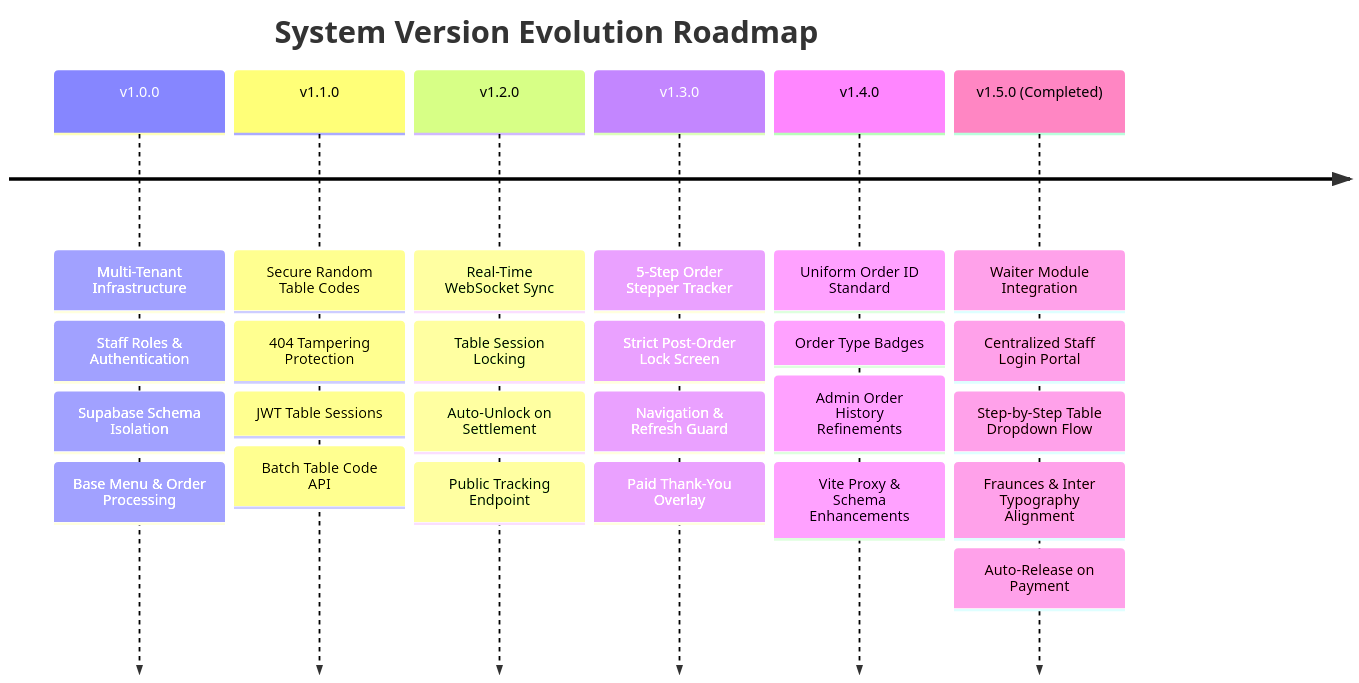
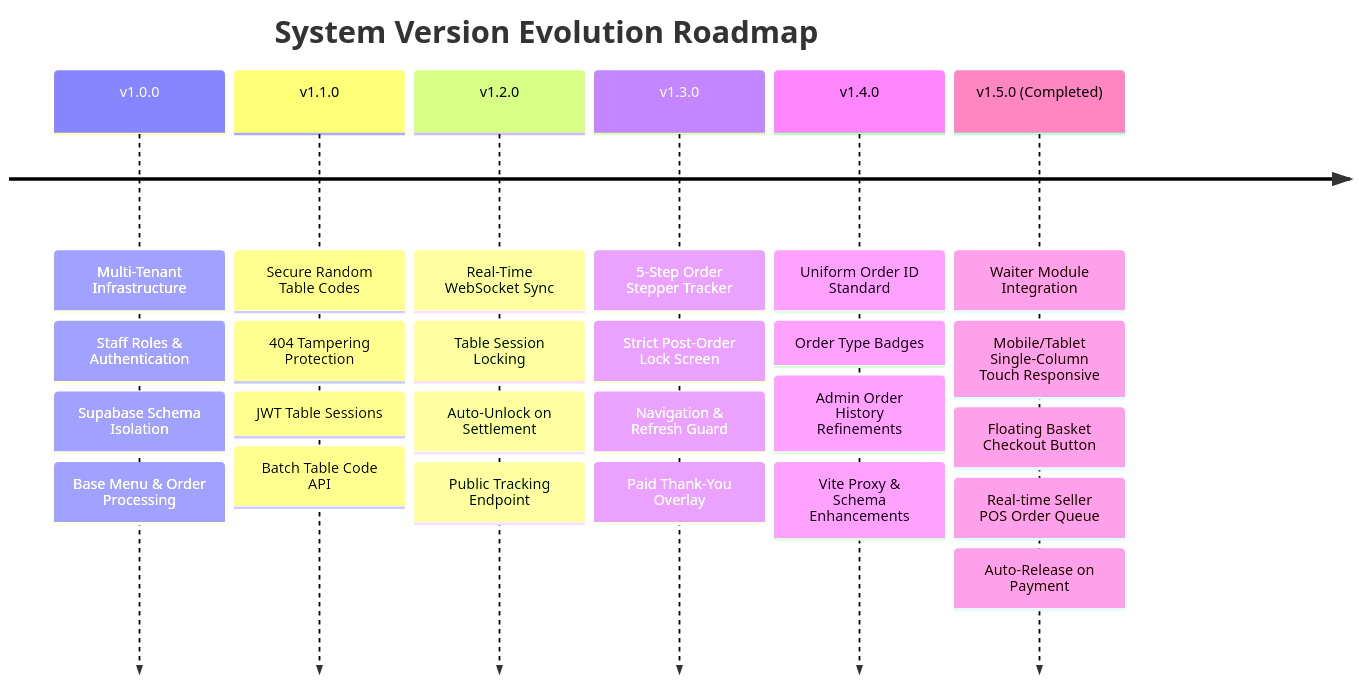
Before and after one commit to alifayyaz-06/apexscan: the first of 2 diagrams in PLAN.md, drawn with Mermaid. The commit also changed other lines of this file, not shown here.

Commit message:
docs: sync PLAN.md with mobile responsive & seller real-time order routing updates

````diff
--- a/PLAN.md
+++ b/PLAN.md
@@ -18,10 +18,10 @@
 ```mermaid
 timeline
     title System Version Evolution Roadmap
     v1.0.0 : Multi-Tenant Infrastructure : Staff Roles & Authentication : Supabase Schema Isolation : Base Menu & Order Processing
     v1.1.0 : Secure Random Table Codes : 404 Tampering Protection : JWT Table Sessions : Batch Table Code API
     v1.2.0 : Real-Time WebSocket Sync : Table Session Locking : Auto-Unlock on Settlement : Public Tracking Endpoint
     v1.3.0 : 5-Step Order Stepper Tracker : Strict Post-Order Lock Screen : Navigation & Refresh Guard : Paid Thank-You Overlay
     v1.4.0 : Uniform Order ID Standard : Order Type Badges : Admin Order History Refinements : Vite Proxy & Schema Enhancements
-    v1.5.0 (Completed) : Waiter Module Integration : Centralized Staff Login Portal : Step-by-Step Table Dropdown Flow : Fraunces & Inter Typography Alignment : Auto-Release on Payment
+    v1.5.0 (Completed) : Waiter Module Integration : Mobile/Tablet Single-Column Touch Responsive : Floating Basket Checkout Button : Real-time Seller POS Order Queue : Auto-Release on Payment
 ```
````
